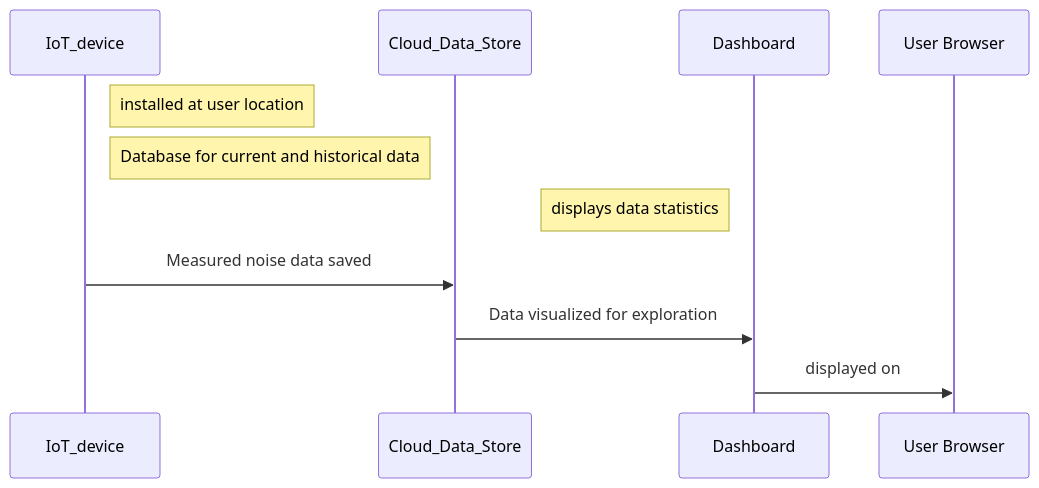
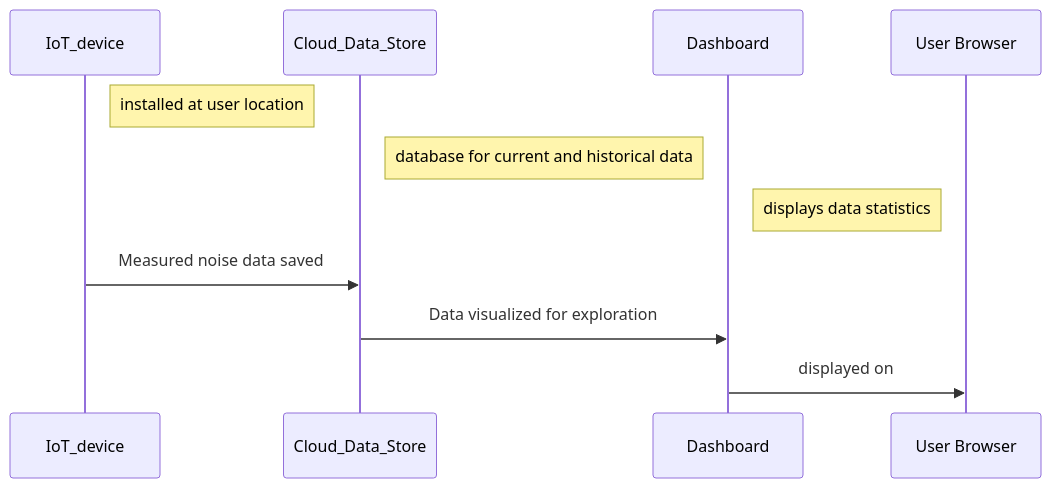
One commit to CivicTechTO/tRacket-directory-START-HERE changed the diagram in README.md. Above: the diagram before and after it, drawn with Mermaid.

````diff
--- a/README.md
+++ b/README.md
@@ -35,9 +35,9 @@
 ```mermaid
 sequenceDiagram
     Note right of IoT_device: installed at user location
-    Note left of Cloud_Data_Store : Database for current and historical data
-    Note left of Dashboard : displays data statistics
+    Note right of Cloud_Data_Store : database for current and historical data
+    Note right of Dashboard : displays data statistics
     IoT_device ->> Cloud_Data_Store : Measured noise data saved
     Cloud_Data_Store ->> Dashboard : Data visualized for exploration    
     Dashboard ->> User Browser : displayed on 
 ```
````
